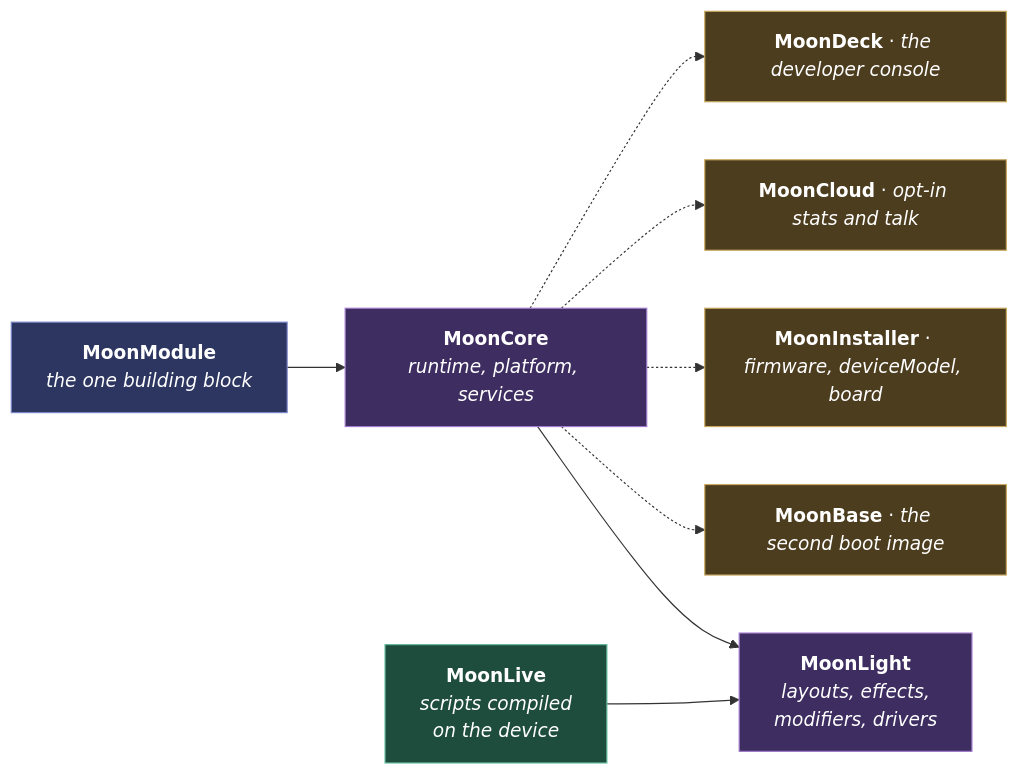
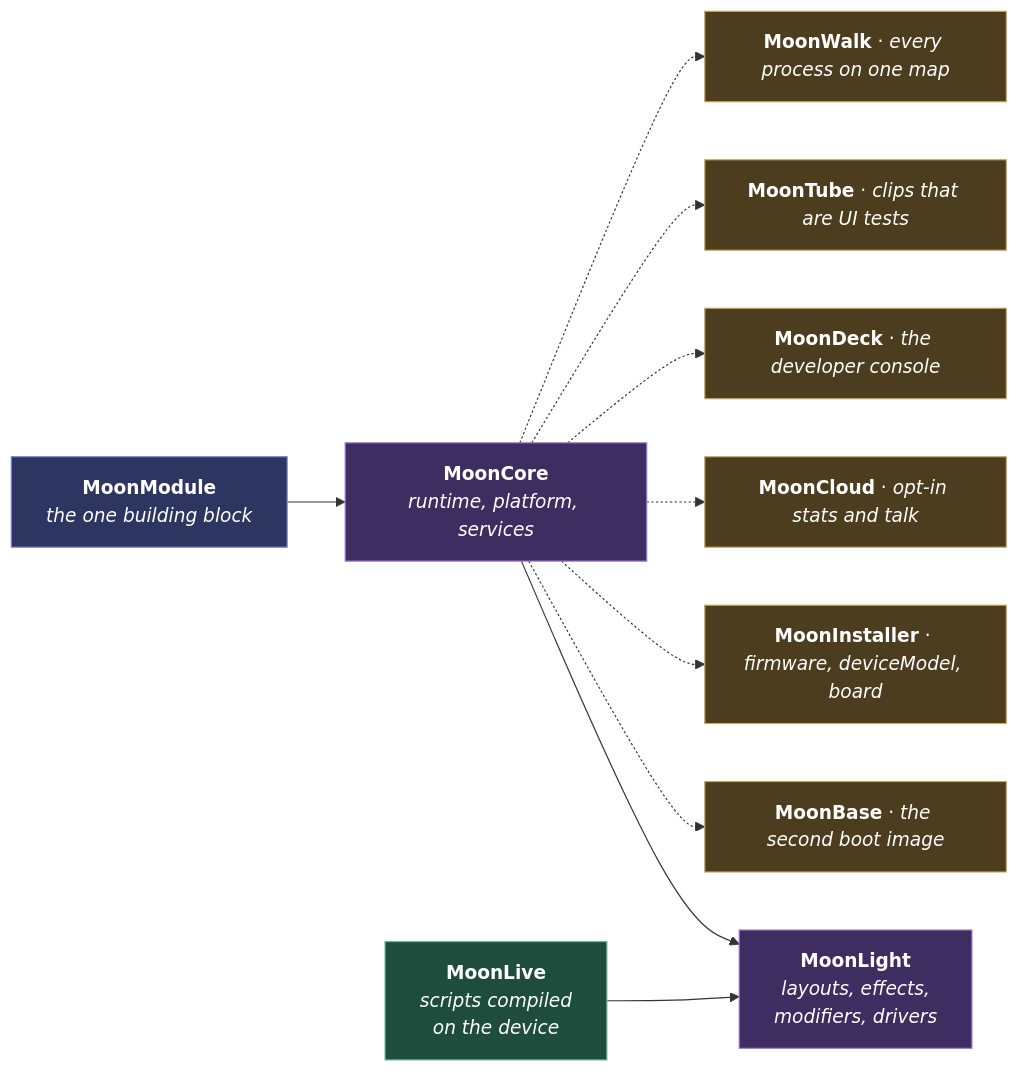
The diagram in docs/explanation/architecture/index.md (MoonModules/MoonLight), drawn with Mermaid before and after one commit. The commit also changed other lines of this file and 56 other files, not shown here.

````diff
--- a/docs/explanation/architecture/index.md
+++ b/docs/explanation/architecture/index.md
@@ -19,29 +19,33 @@
 ```mermaid
 flowchart LR
     mm["<b>MoonModule</b><br/><i>the one building block</i>"]
     core["<b>MoonCore</b><br/><i>runtime, platform, services</i>"]
     light["<b>MoonLight</b><br/><i>layouts, effects,<br/>modifiers, drivers</i>"]
     live["<b>MoonLive</b><br/><i>scripts compiled<br/>on the device</i>"]
 
     mm --> core --> light
     live --> light
 
     base["<b>MoonBase</b> · <i>the second boot image</i>"]
     inst["<b>MoonInstaller</b> · <i>firmware, deviceModel, board</i>"]
     cloud["<b>MoonCloud</b> · <i>opt-in stats and talk</i>"]
     deck["<b>MoonDeck</b> · <i>the developer console</i>"]
+    tube["<b>MoonTube</b> · <i>clips that are UI tests</i>"]
+    walk["<b>MoonWalk</b> · <i>every process on one map</i>"]
 
     core -.-> base
     core -.-> inst
     core -.-> cloud
     core -.-> deck
+    core -.-> tube
+    core -.-> walk
 
     classDef po fill:#2d3561,stroke:#7b88c9,color:#fff
     classDef agent fill:#3d2d61,stroke:#a07bc9,color:#fff
     classDef check fill:#1f4d3d,stroke:#5fb89a,color:#fff
     classDef gate fill:#4d3d1f,stroke:#c9a95f,color:#fff
     class mm po
     class core,light agent
     class live check
-    class base,inst,cloud,deck gate
+    class base,inst,cloud,deck,tube,walk gate
 ```
````
